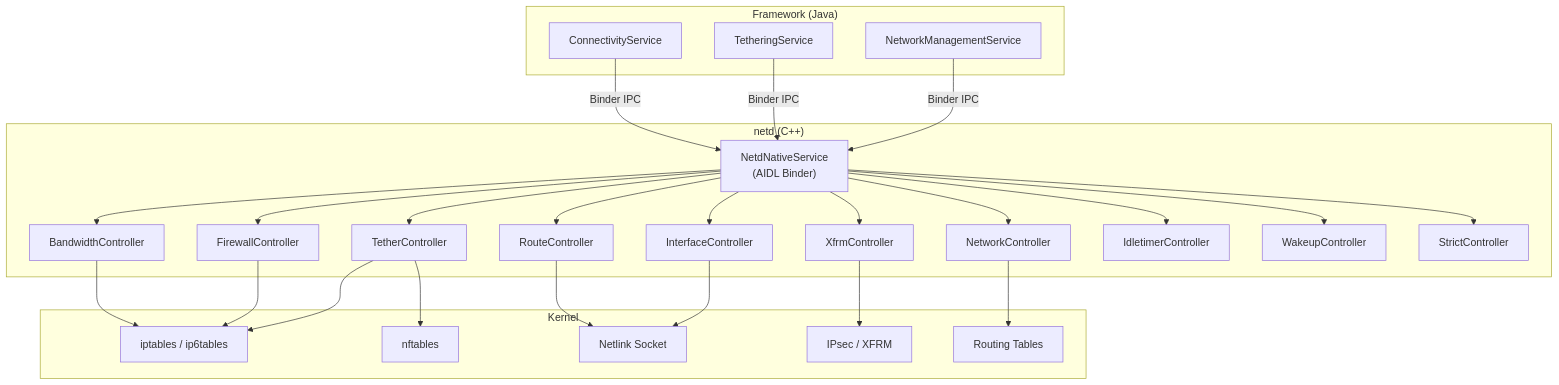
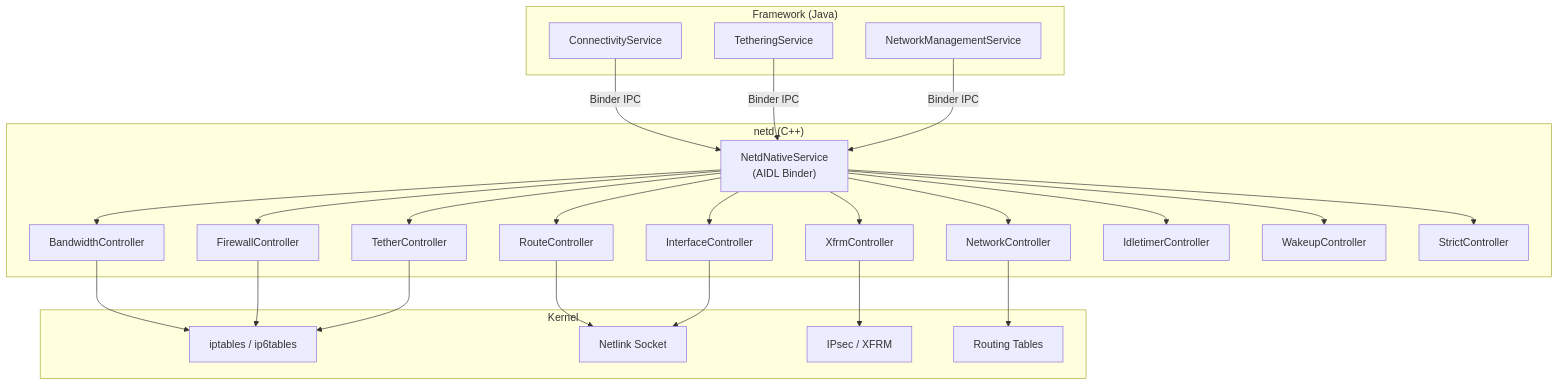
One commit to aospbooks/aosp-internal-book changed diagram 13 of 55 in 35-networking.md. Above: the diagram before and after it, drawn with Mermaid. The commit also changed other lines of this file and 218 other files, not shown here.

````diff
--- a/35-networking.md
+++ b/35-networking.md
@@ -957,52 +953,50 @@
 ```mermaid
 graph TD
     subgraph "Framework (Java)"
         CS["ConnectivityService"]
         TS["TetheringService"]
         NMS["NetworkManagementService"]
     end
 
     subgraph "netd (C++)"
         NNS["NetdNativeService<br/>(AIDL Binder)"]
         NC["NetworkController"]
         BC["BandwidthController"]
         FC["FirewallController"]
         RC["RouteController"]
         TC_CTRL["TetherController"]
         IC["InterfaceController"]
         XC["XfrmController"]
         IT["IdletimerController"]
         WC["WakeupController"]
         SC["StrictController"]
     end
 
     subgraph "Kernel"
         IPTABLES["iptables / ip6tables"]
-        NFTABLES["nftables"]
         NETLINK_K["Netlink Socket"]
         XFRM["IPsec / XFRM"]
         ROUTING["Routing Tables"]
     end
 
     CS -->|Binder IPC| NNS
     TS -->|Binder IPC| NNS
     NMS -->|Binder IPC| NNS
     NNS --> NC
     NNS --> BC
     NNS --> FC
     NNS --> RC
     NNS --> TC_CTRL
     NNS --> IC
     NNS --> XC
     NNS --> IT
     NNS --> WC
     NNS --> SC
     NC --> ROUTING
     BC --> IPTABLES
     FC --> IPTABLES
     RC --> NETLINK_K
     TC_CTRL --> IPTABLES
-    TC_CTRL --> NFTABLES
     IC --> NETLINK_K
     XC --> XFRM
 ```
````
